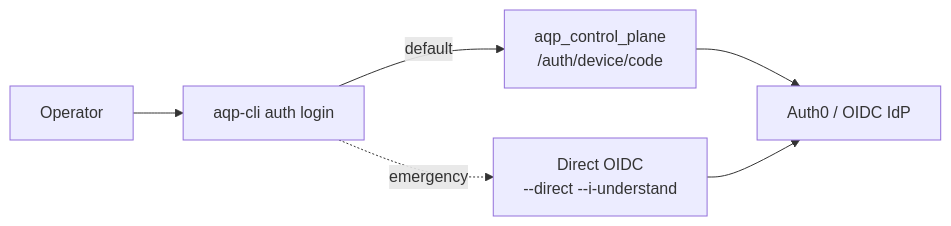
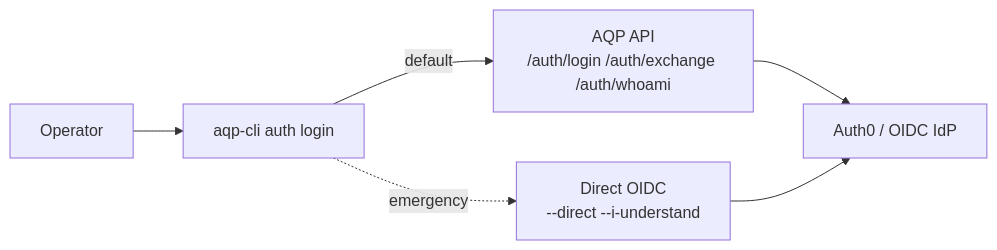
The diagram in aqp_cli/docs/index.md (julianwileymac/agentic_quant_platform), drawn with Mermaid before and after one commit. The commit also changed other lines of this file and 120 other files, not shown here.

````diff
--- a/aqp_cli/docs/index.md
+++ b/aqp_cli/docs/index.md
@@ -24,13 +34,13 @@
 ```mermaid
 flowchart LR
     user[Operator]
     cli[aqp-cli auth login]
-    cp[aqp_control_plane<br/>/auth/device/code]
+    api[AQP API<br/>/auth/login /auth/exchange /auth/whoami]
     idp[Auth0 / OIDC IdP]
     direct[Direct OIDC<br/>--direct --i-understand]
     user --> cli
-    cli -->|default| cp
-    cp --> idp
+    cli -->|default| api
+    api --> idp
     cli -. emergency .-> direct
     direct --> idp
 ```
````
